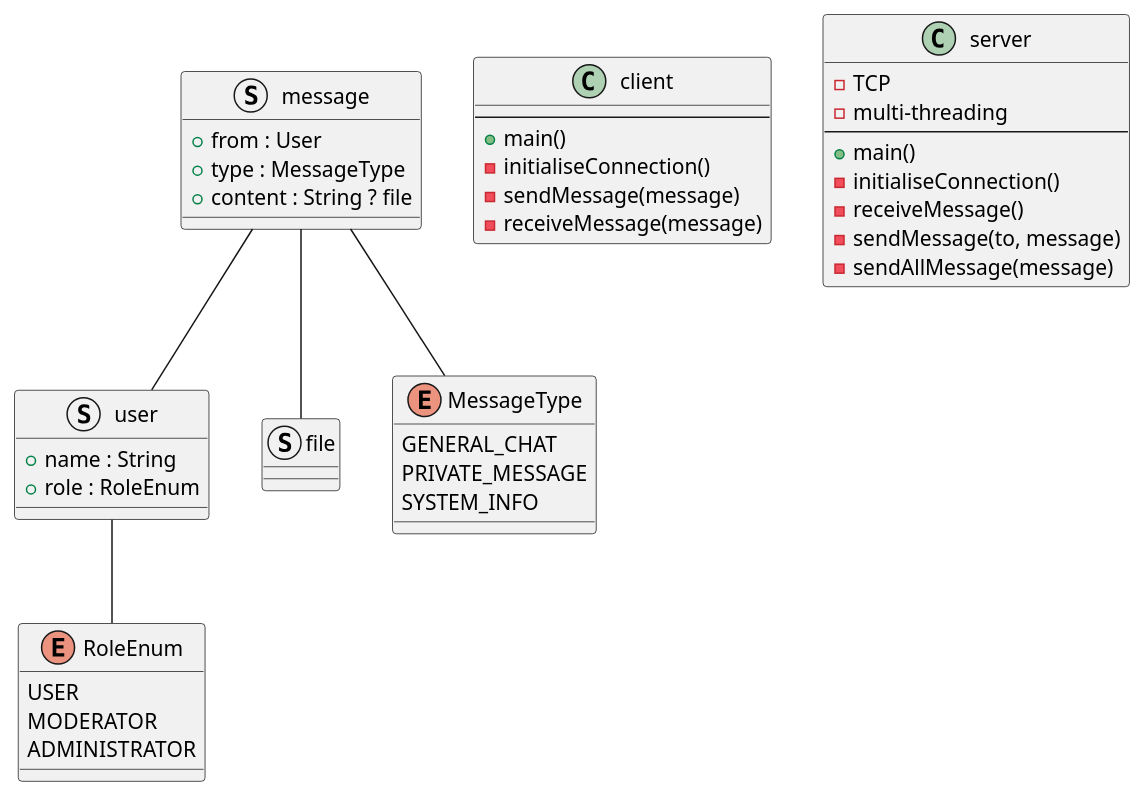
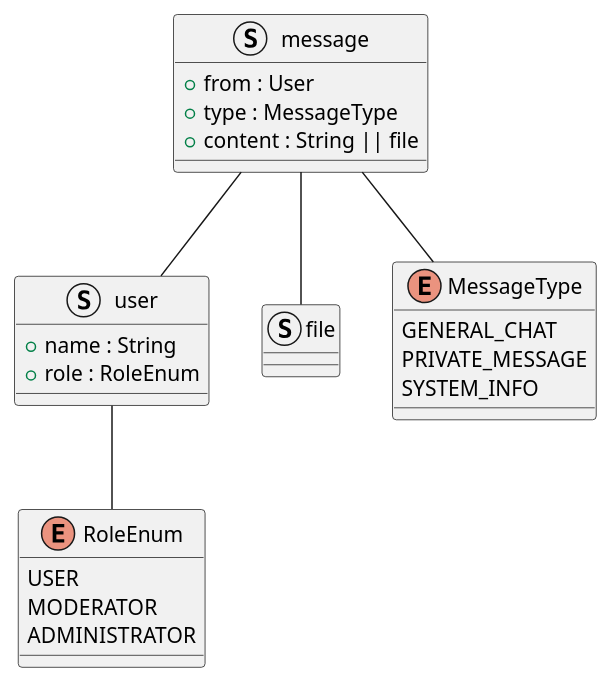
Before and after one commit to Byxis/IG3-ProjetFAR: the diagram in uml/uml.plantuml, drawn with PlantUML. The commit also changed 1 other file, not shown here.

Commit message:
Fix: Updating the UML

```diff
--- a/uml/uml.plantuml
+++ b/uml/uml.plantuml
@@ -1,62 +1,40 @@
 @startuml
 
 struct user
 {
   + name : String
   + role : RoleEnum
 }
 
 struct message
 {
   + from : User
   + type : MessageType
-  + content : String ? file
+  + content : String || file
 }
 
 struct file
 {
-}
-
-
-class client
-{
- --
- + main()
- - initialiseConnection()
- - sendMessage(message)
- - receiveMessage(message) 
-}
-
-class server
-{
- - TCP
- - multi-threading
- --
- + main()
- - initialiseConnection()
- - receiveMessage()
- - sendMessage(to, message)
- - sendAllMessage(message)
 }
 
 enum RoleEnum
 {
   USER
   MODERATOR
   ADMINISTRATOR
 }
 
 enum MessageType
 {
   GENERAL_CHAT
   PRIVATE_MESSAGE
   SYSTEM_INFO
 }
 
 message -- MessageType
 message -- user
 message -- file
 
 user -- RoleEnum
 
 @enduml
```
